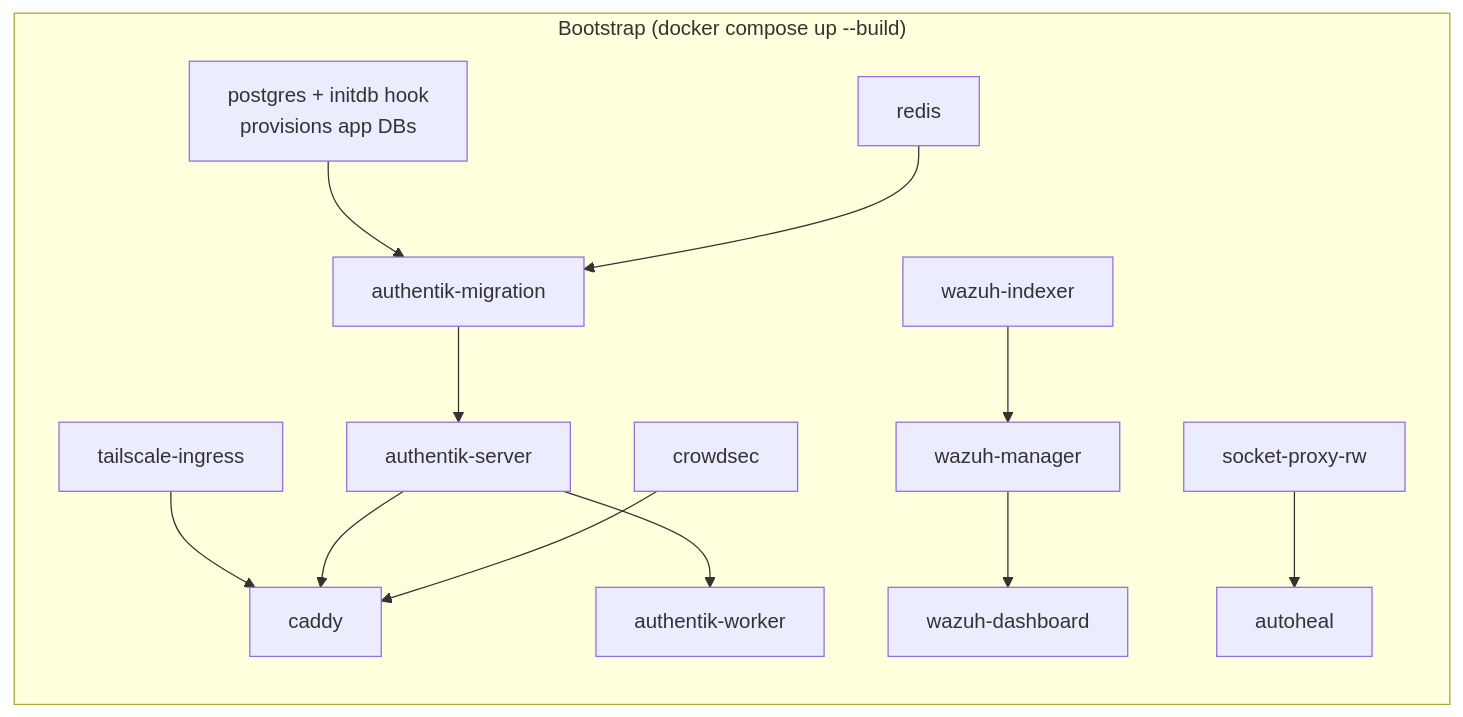
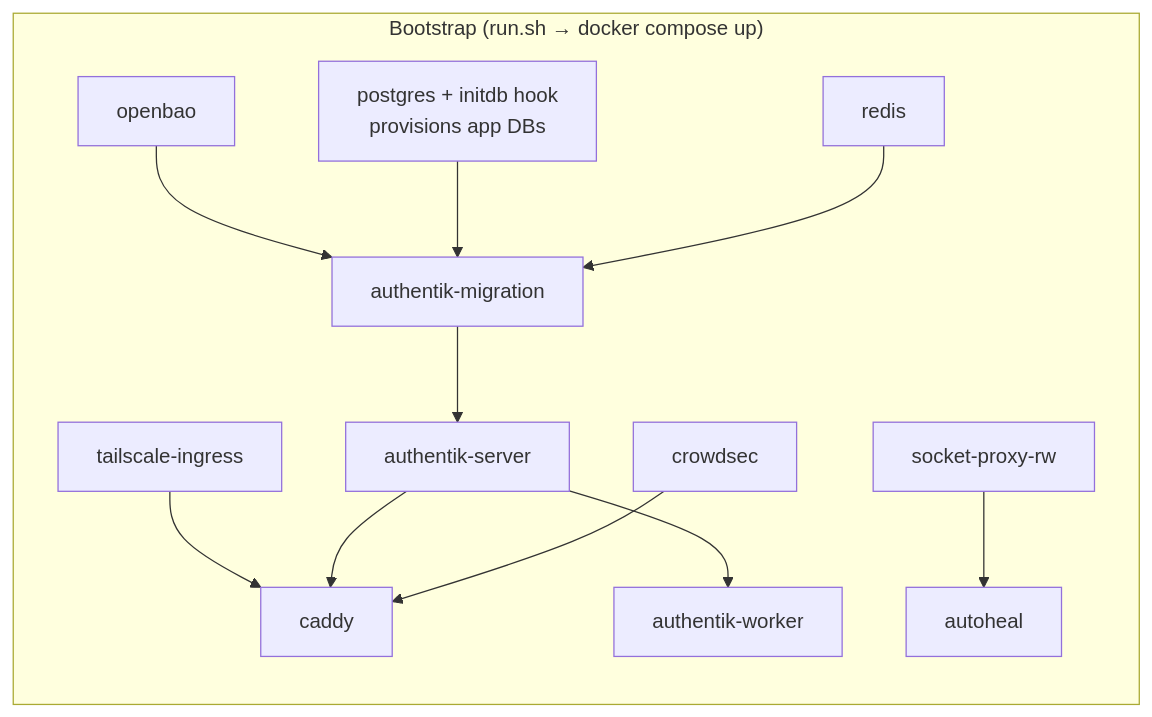
The fifth of 5 diagrams in README.md (secopdotdev/OpeNirvana), drawn with Mermaid before and after one commit. The commit also changed other lines of this file and 70 other files, not shown here.

````diff
--- a/README.md
+++ b/README.md
@@ -168,15 +561,14 @@
 ```mermaid
 flowchart LR
-    subgraph init["Bootstrap (docker compose up --build)"]
+    subgraph init["Bootstrap (run.sh → docker compose up)"]
         TS[tailscale-ingress] --> CAD
+        BAO[openbao] --> AKM
         PG[postgres + initdb hook<br/>provisions app DBs] --> AKM
         RD[redis] --> AKM
         AKM[authentik-migration] --> AKS
         AKS[authentik-server] --> AKW[authentik-worker]
         AKS --> CAD[caddy]
-        WI[wazuh-indexer] --> WM[wazuh-manager]
-        WM --> WDB[wazuh-dashboard]
         SPR[socket-proxy-rw] --> AH[autoheal]
         CSC[crowdsec] --> CAD
     end
 ```
````
